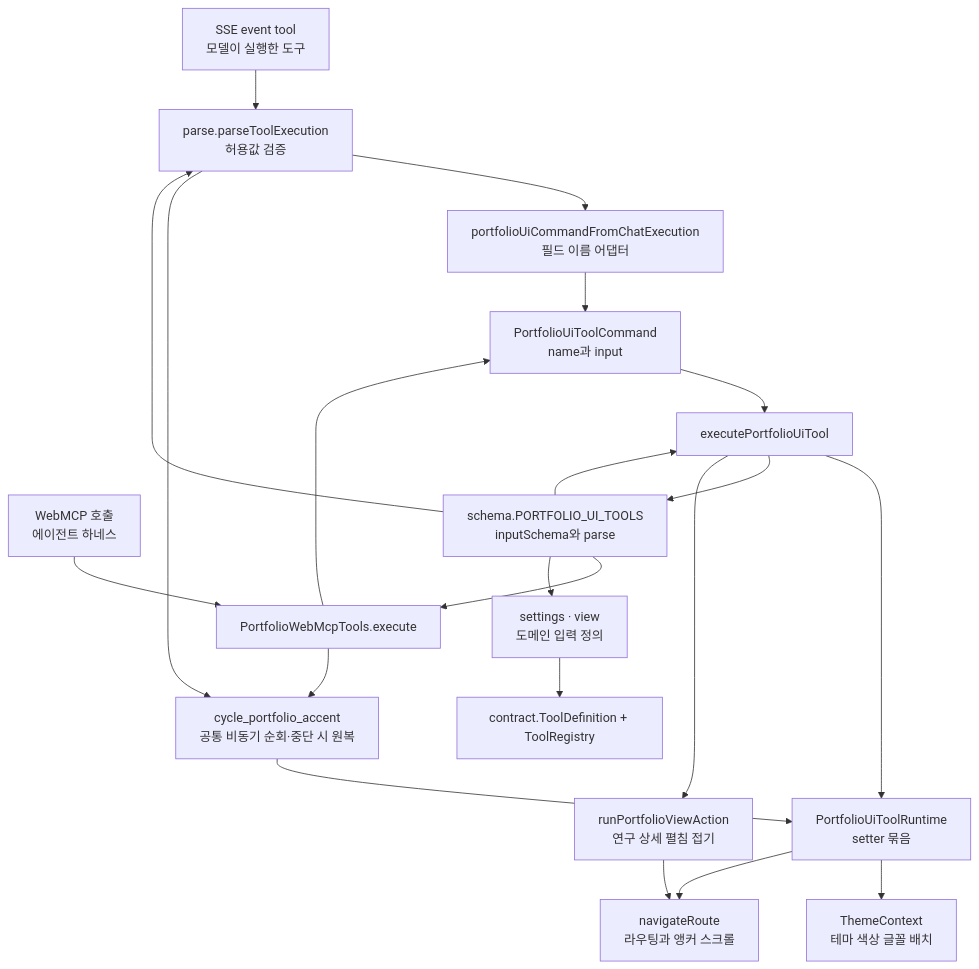
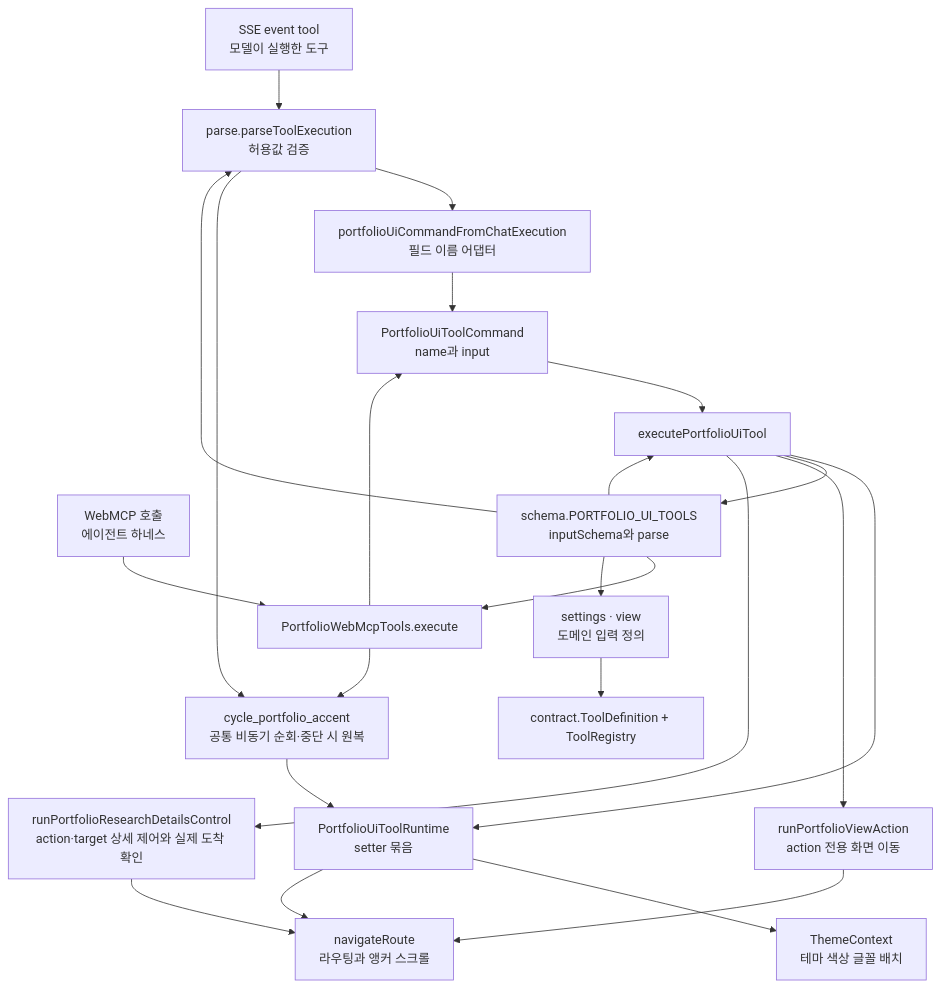
One commit to s-work-song/ssw-portfolio-public changed the third of 5 diagrams in web/docs/chatbot-architecture.md. Above: the diagram before and after it, drawn with Mermaid. The commit also changed other lines of this file and 30 other files, not shown here.

````diff
--- a/web/docs/chatbot-architecture.md
+++ b/web/docs/chatbot-architecture.md
@@ -257,43 +291,46 @@
 ```mermaid
 flowchart TD
   ModelTool["SSE event tool<br/>모델이 실행한 도구"]
   Agent["WebMCP 호출<br/>에이전트 하네스"]
 
   Parse["parse.parseToolExecution<br/>허용값 검증"]
   Adapter["portfolioUiCommandFromChatExecution<br/>필드 이름 어댑터"]
   Register["PortfolioWebMcpTools.execute"]
   Command["PortfolioUiToolCommand<br/>name과 input"]
   Contract["contract.ToolDefinition + ToolRegistry"]
   Domains["settings · view<br/>도메인 입력 정의"]
   Schema["schema.PORTFOLIO_UI_TOOLS<br/>inputSchema와 parse"]
   Executor["executePortfolioUiTool"]
   Runtime["PortfolioUiToolRuntime<br/>setter 묶음"]
 
   ThemeSet["ThemeContext<br/>테마 색상 글꼴 배치"]
   Router["navigateRoute<br/>라우팅과 앵커 스크롤"]
-  ViewCtl["runPortfolioViewAction<br/>연구 상세 펼침 접기"]
+  ViewCtl["runPortfolioViewAction<br/>action 전용 화면 이동"]
+  Details["runPortfolioResearchDetailsControl<br/>action·target 상세 제어와 실제 도착 확인"]
 
   Cycle["cycle_portfolio_accent<br/>공통 비동기 순회·중단 시 원복"]
 
   ModelTool --> Parse
   Parse --> Adapter
   Adapter --> Command
   Agent --> Register
   Register --> Command
   Schema --> Register
   Schema --> Parse
   Schema --> Executor
   Command --> Executor
   Executor --> Runtime
   Runtime --> ThemeSet
   Runtime --> Router
   Domains --> Contract
   Schema --> Domains
   Executor --> Schema
   Executor --> ViewCtl
   ViewCtl --> Router
+  Executor --> Details
+  Details --> Router
 
   Parse --> Cycle
   Register --> Cycle
   Cycle --> Runtime
 ```
````
